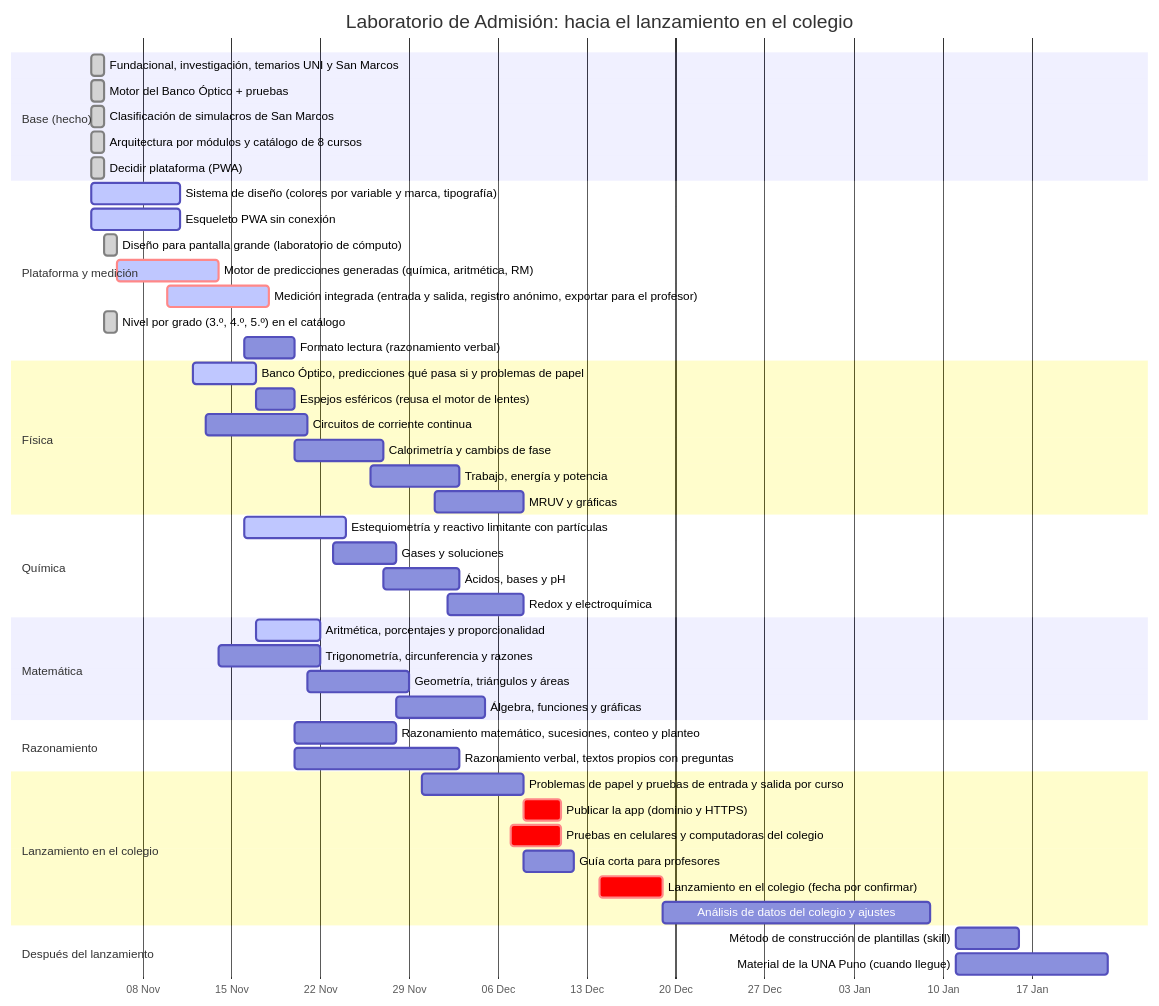
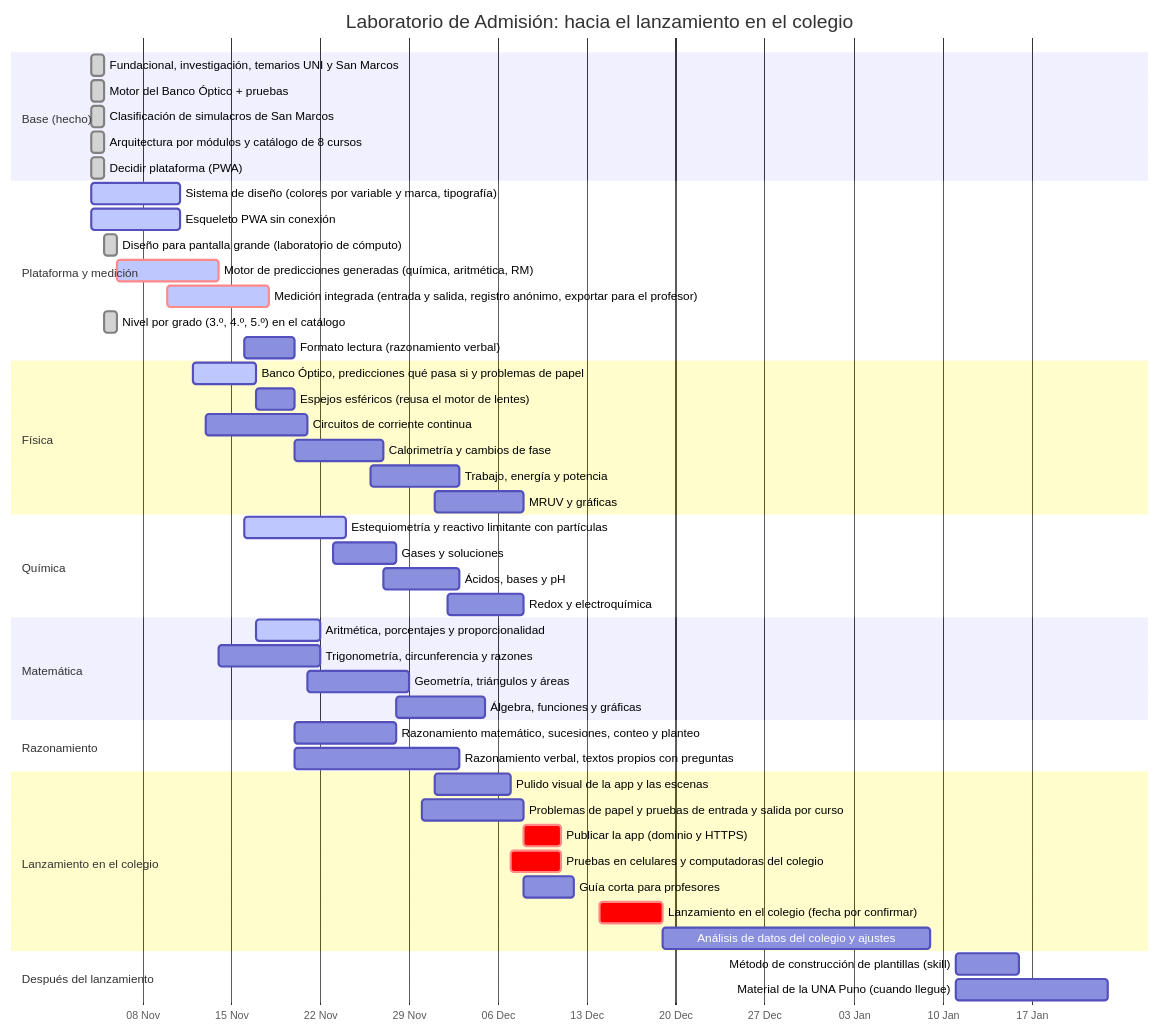
One commit to Eltiokarma/Mesa-de-Estudios changed the diagram in docs/hoja-de-ruta.md. Above: the diagram before and after it, drawn with Mermaid. The commit also changed 1 other file, not shown here.

Commit message:
Hoja de ruta: pulido visual antes de probar en el colegio
Claude-Session: https://claude.ai/code/session_01WwsfbVXDyLgwr6kyamj8MV

````diff
--- a/docs/hoja-de-ruta.md
+++ b/docs/hoja-de-ruta.md
@@ -52,58 +52,59 @@
 ```mermaid
 gantt
     title Laboratorio de Admisión: hacia el lanzamiento en el colegio
     dateFormat  YYYY-MM-DD
     axisFormat  %d %b
 
     section Base (hecho)
     Fundacional, investigación, temarios UNI y San Marcos :done, f0a, 2026-11-04, 2026-11-05
     Motor del Banco Óptico + pruebas :done, f0b, 2026-11-04, 2026-11-05
     Clasificación de simulacros de San Marcos :done, f0c, 2026-11-04, 2026-11-05
     Arquitectura por módulos y catálogo de 8 cursos :done, f0g, 2026-11-04, 2026-11-05
     Decidir plataforma (PWA) :done, f0d, 2026-11-04, 2026-11-05
 
     section Plataforma y medición
     Sistema de diseño (colores por variable y marca, tipografía) :active, f0e, 2026-11-04, 2026-11-11
     Esqueleto PWA sin conexión :active, f0f, 2026-11-04, 2026-11-11
     Diseño para pantalla grande (laboratorio de cómputo) :done, pl1, 2026-11-05, 2026-11-06
     Motor de predicciones generadas (química, aritmética, RM) :active, crit, pl3, 2026-11-06, 2026-11-14
     Medición integrada (entrada y salida, registro anónimo, exportar para el profesor) :active, crit, pl2, 2026-11-10, 2026-11-18
     Nivel por grado (3.º, 4.º, 5.º) en el catálogo :done, pl5, 2026-11-05, 2026-11-06
     Formato lectura (razonamiento verbal) :pl4, 2026-11-16, 2026-11-20
 
     section Física
     Banco Óptico, predicciones qué pasa si y problemas de papel :active, fi1, 2026-11-12, 2026-11-17
     Espejos esféricos (reusa el motor de lentes) :fi5, 2026-11-17, 2026-11-20
     Circuitos de corriente continua :fi2, 2026-11-13, 2026-11-21
     Calorimetría y cambios de fase :fi3, 2026-11-20, 2026-11-27
     Trabajo, energía y potencia :fi4, 2026-11-26, 2026-12-03
     MRUV y gráficas :fi6, 2026-12-01, 2026-12-08
 
     section Química
     Estequiometría y reactivo limitante con partículas :active, qu1, 2026-11-16, 2026-11-24
     Gases y soluciones :qu2, 2026-11-23, 2026-11-28
     Ácidos, bases y pH :qu3, 2026-11-27, 2026-12-03
     Redox y electroquímica :qu4, 2026-12-02, 2026-12-08
 
     section Matemática
     Aritmética, porcentajes y proporcionalidad :active, ma4, 2026-11-17, 2026-11-22
     Trigonometría, circunferencia y razones :ma1, 2026-11-14, 2026-11-22
     Geometría, triángulos y áreas :ma2, 2026-11-21, 2026-11-29
     Álgebra, funciones y gráficas :ma3, 2026-11-28, 2026-12-05
 
     section Razonamiento
     Razonamiento matemático, sucesiones, conteo y planteo :ra1, 2026-11-20, 2026-11-28
     Razonamiento verbal, textos propios con preguntas :ra2, 2026-11-20, 2026-12-03
 
     section Lanzamiento en el colegio
+    Pulido visual de la app y las escenas :pl6, 2026-12-01, 2026-12-07
     Problemas de papel y pruebas de entrada y salida por curso :la1, 2026-11-30, 2026-12-08
     Publicar la app (dominio y HTTPS) :crit, la3, 2026-12-08, 2026-12-11
     Pruebas en celulares y computadoras del colegio :crit, la2, 2026-12-07, 2026-12-11
     Guía corta para profesores :la4, 2026-12-08, 2026-12-12
     Lanzamiento en el colegio (fecha por confirmar) :crit, la5, 2026-12-14, 2026-12-19
     Análisis de datos del colegio y ajustes :la6, 2026-12-19, 2027-01-09
 
     section Después del lanzamiento
     Método de construcción de plantillas (skill) :f2a, 2027-01-11, 2027-01-16
     Material de la UNA Puno (cuando llegue) :f2c, 2027-01-11, 2027-01-23
 ```
````
